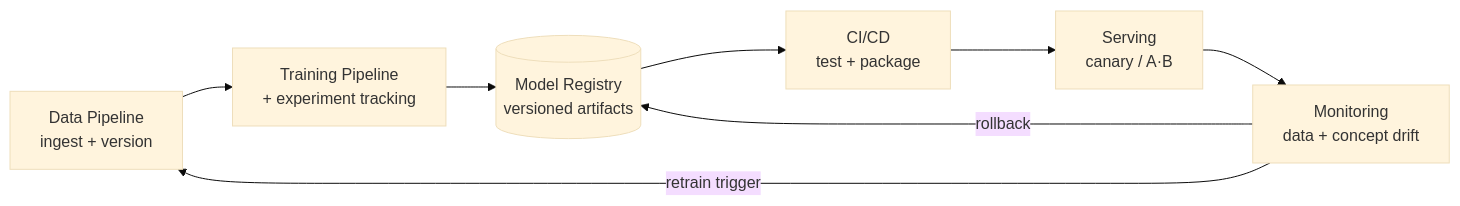
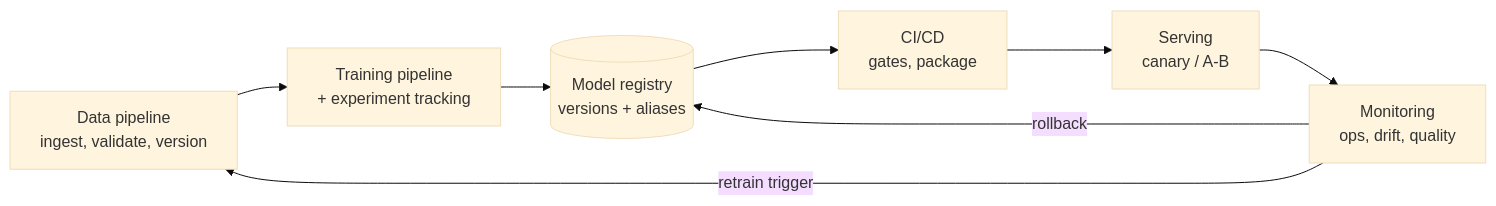
The first of 7 diagrams in github-pages/docs/ai-ml/mlops-production.md (AndrewAltimit/Documentation), drawn with Mermaid (base theme) before and after one commit. The commit also changed other lines of this file and 240 other files, not shown here.

````diff
--- a/github-pages/docs/ai-ml/mlops-production.md
+++ b/github-pages/docs/ai-ml/mlops-production.md
@@ -28,10 +21,10 @@
 ```mermaid
 flowchart LR
-    Data[Data Pipeline<br/>ingest + version] --> Train[Training Pipeline<br/>+ experiment tracking]
-    Train --> Reg[(Model Registry<br/>versioned artifacts)]
-    Reg --> CICD[CI/CD<br/>test + package]
-    CICD --> Serve[Serving<br/>canary / A·B]
-    Serve --> Mon[Monitoring<br/>data + concept drift]
-    Mon -->|retrain trigger| Data
-    Mon -->|rollback| Reg
+    Data["Data pipeline<br/>ingest, validate, version"] --> Train["Training pipeline<br/>+ experiment tracking"]
+    Train --> Reg[("Model registry<br/>versions + aliases")]
+    Reg --> CICD["CI/CD<br/>gates, package"]
+    CICD --> Serve["Serving<br/>canary / A-B"]
+    Serve --> Mon["Monitoring<br/>ops, drift, quality"]
+    Mon -->|"retrain trigger"| Data
+    Mon -->|"rollback"| Reg
 ```
````
